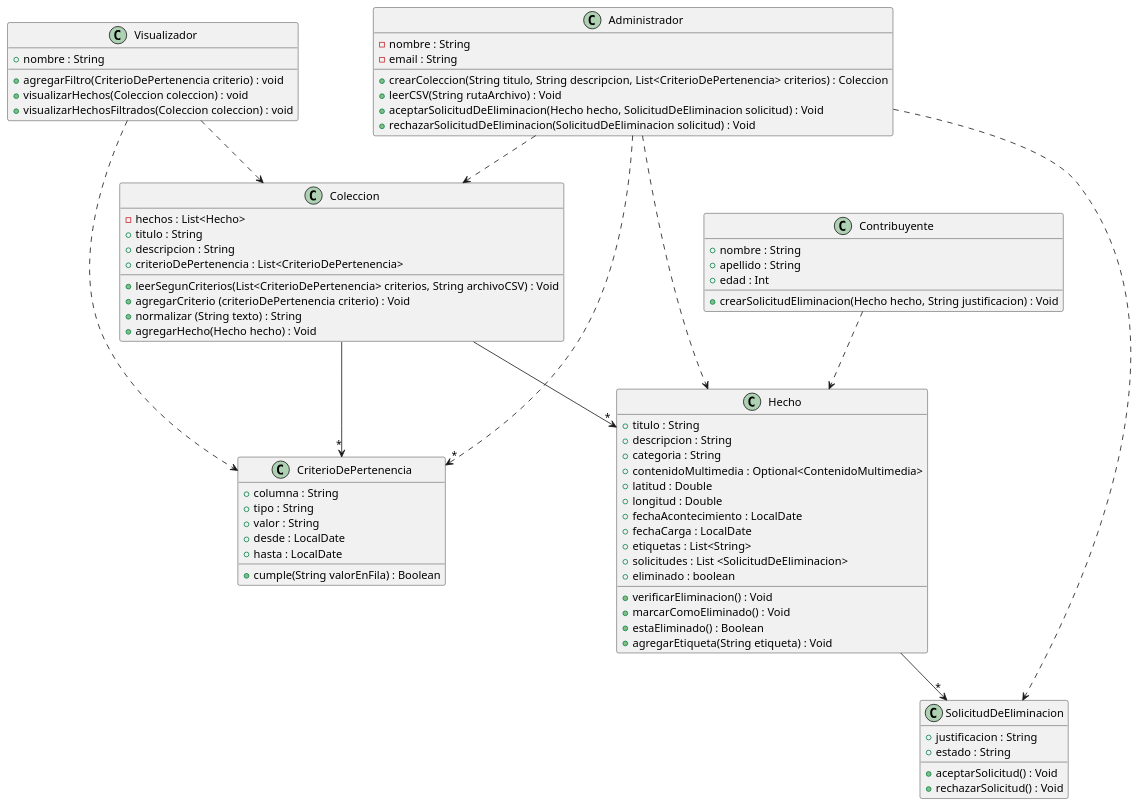
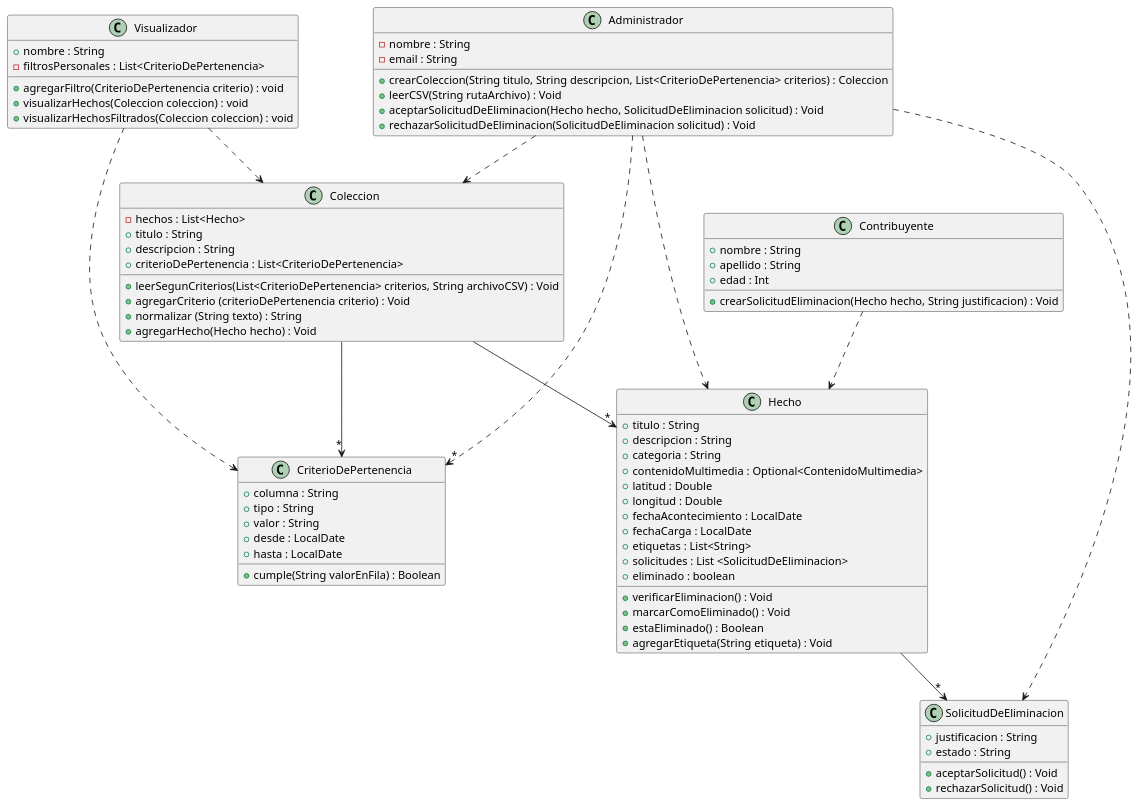
Before and after one commit to totopedroo/metamapa-tpa: the diagram in docs/diagrama_clases.puml, drawn with PlantUML. The commit also changed 1 other file, not shown here.

Commit message:
cambio en diagrama

```diff
--- a/docs/diagrama_clases.puml
+++ b/docs/diagrama_clases.puml
@@ -1,97 +1,96 @@
 @startuml
 
 Administrador ..>"*" CriterioDePertenencia
 Administrador ..> Coleccion
 Administrador ..> Hecho
 Administrador ..> SolicitudDeEliminacion
 
 Hecho -->"*"SolicitudDeEliminacion
 Coleccion -->"*" Hecho
 Coleccion -->"*" CriterioDePertenencia
 Contribuyente ..> Hecho
 Visualizador ..> Coleccion
 Visualizador ..> CriterioDePertenencia
 
 class Administrador {
 - nombre : String
 - email : String
 
 + crearColeccion(String titulo, String descripcion, List<CriterioDePertenencia> criterios) : Coleccion
 + leerCSV(String rutaArchivo) : Void
 + aceptarSolicitudDeEliminacion(Hecho hecho, SolicitudDeEliminacion solicitud) : Void
 + rechazarSolicitudDeEliminacion(SolicitudDeEliminacion solicitud) : Void
 
 }
 
 
 class Coleccion {
 - hechos : List<Hecho>
 + titulo : String
 + descripcion : String
 + criterioDePertenencia : List<CriterioDePertenencia>
 
 +leerSegunCriterios(List<CriterioDePertenencia> criterios, String archivoCSV) : Void
 + agregarCriterio (criterioDePertenencia criterio) : Void
 + normalizar (String texto) : String
 + agregarHecho(Hecho hecho) : Void
 
 
 }
 
 class Contribuyente {
  + nombre : String
  + apellido : String
  + edad : Int
 
  +crearSolicitudEliminacion(Hecho hecho, String justificacion) : Void
 
 }
 
 class CriterioDePertenencia {
 + columna : String
 + tipo : String
 + valor : String
 +desde : LocalDate
 + hasta : LocalDate
 
 + cumple(String valorEnFila) : Boolean
 }
 
 class Hecho{
 + titulo : String
 + descripcion : String
 + categoria : String
 + contenidoMultimedia : Optional<ContenidoMultimedia>
 +latitud : Double
 + longitud : Double
 + fechaAcontecimiento : LocalDate
 + fechaCarga : LocalDate
 + etiquetas : List<String>
 + solicitudes : List <SolicitudDeEliminacion>
 + eliminado : boolean
 
 + verificarEliminacion() : Void
 +marcarComoEliminado() : Void
 + estaEliminado() : Boolean
 + agregarEtiqueta(String etiqueta) : Void
 
 }
 
 class SolicitudDeEliminacion {
 + justificacion : String
 + estado : String
 
 + aceptarSolicitud() : Void
 + rechazarSolicitud() : Void
 }
 
 class Visualizador {
 + nombre : String
+- filtrosPersonales : List<CriterioDePertenencia>
 + agregarFiltro(CriterioDePertenencia criterio) : void
 + visualizarHechos(Coleccion coleccion) : void
 + visualizarHechosFiltrados(Coleccion coleccion) : void
-
-
 }
 
 @enduml
```
